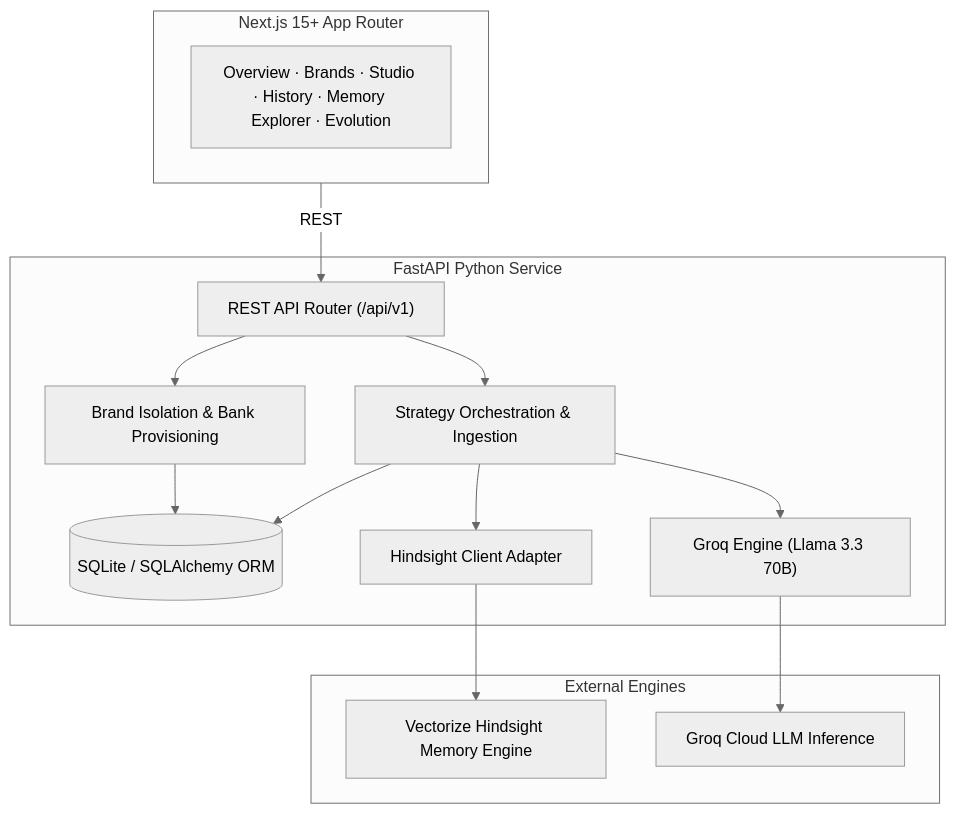
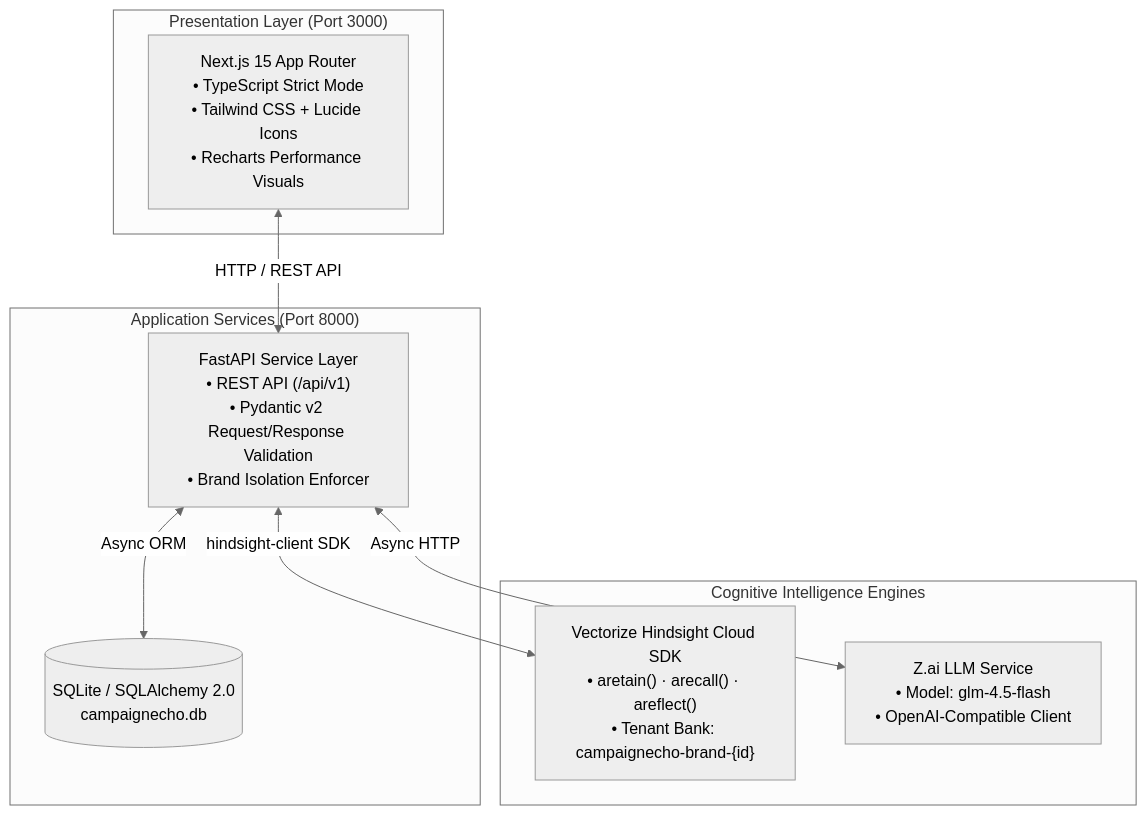
The second of 2 diagrams in README.md (ahg8618364360-ctrl/CampaignEcho), drawn with Mermaid (neutral theme) before and after one commit. The commit also changed other lines of this file and 12 other files, not shown here.

````diff
--- a/README.md
+++ b/README.md
@@ -27,26 +111,21 @@
 ```mermaid
-flowchart TD
-    subgraph Frontend["Next.js 15+ App Router"]
-        UI["Overview · Brands · Studio · History · Memory Explorer · Evolution"]
+flowchart TB
+    subgraph Client["Presentation Layer (Port 3000)"]
+        NextApp["Next.js 15 App Router<br/>• TypeScript Strict Mode<br/>• Tailwind CSS + Lucide Icons<br/>• Recharts Performance Visuals"]
     end
 
-    subgraph Backend["FastAPI Python Service"]
-        API["REST API Router (/api/v1)"]
-        BrandSvc["Brand Isolation & Bank Provisioning"]
-        CampaignSvc["Strategy Orchestration & Ingestion"]
-        MemoryAdapter["Hindsight Client Adapter"]
-        LLMAdapter["Groq Engine (Llama 3.3 70B)"]
-        DB[(SQLite / SQLAlchemy ORM)]
+    subgraph API["Application Services (Port 8000)"]
+        FastAPIApp["FastAPI Service Layer<br/>• REST API (/api/v1)<br/>• Pydantic v2 Request/Response Validation<br/>• Brand Isolation Enforcer"]
+        DB[(SQLite / SQLAlchemy 2.0<br/>campaignecho.db)]
     end
 
-    subgraph Intelligence["External Engines"]
-        Hindsight["Vectorize Hindsight Memory Engine"]
-        Groq["Groq Cloud LLM Inference"]
+    subgraph Cognitive["Cognitive Intelligence Engines"]
+        HindsightEngine["Vectorize Hindsight Cloud SDK<br/>• aretain() · arecall() · areflect()<br/>• Tenant Bank: campaignecho-brand-{id}"]
+        ZAIInference["Z.ai LLM Service<br/>• Model: glm-4.5-flash<br/>• OpenAI-Compatible Client"]
     end
 
-    Frontend -->|REST| API
-    API --> BrandSvc & CampaignSvc
-    BrandSvc & CampaignSvc --> DB
-    CampaignSvc --> MemoryAdapter --> Hindsight
-    CampaignSvc --> LLMAdapter --> Groq
+    NextApp <-->|"HTTP / REST API"| FastAPIApp
+    FastAPIApp <-->|"Async ORM"| DB
+    FastAPIApp <-->|"hindsight-client SDK"| HindsightEngine
+    FastAPIApp <-->|"Async HTTP"| ZAIInference
 ```
````
